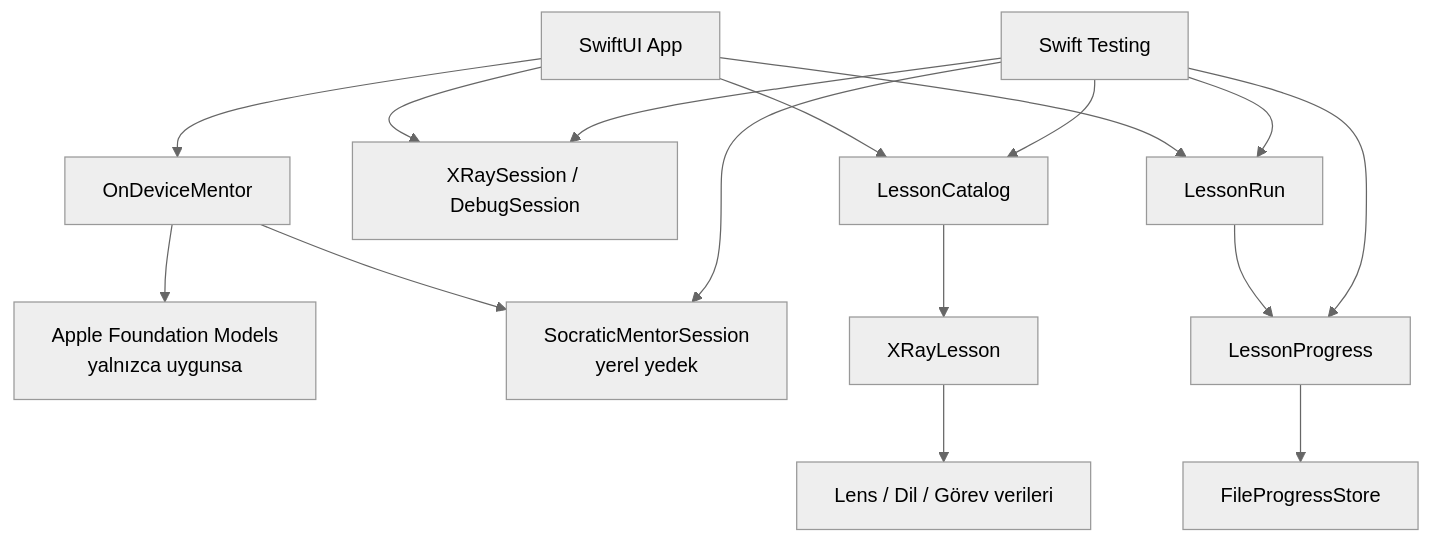
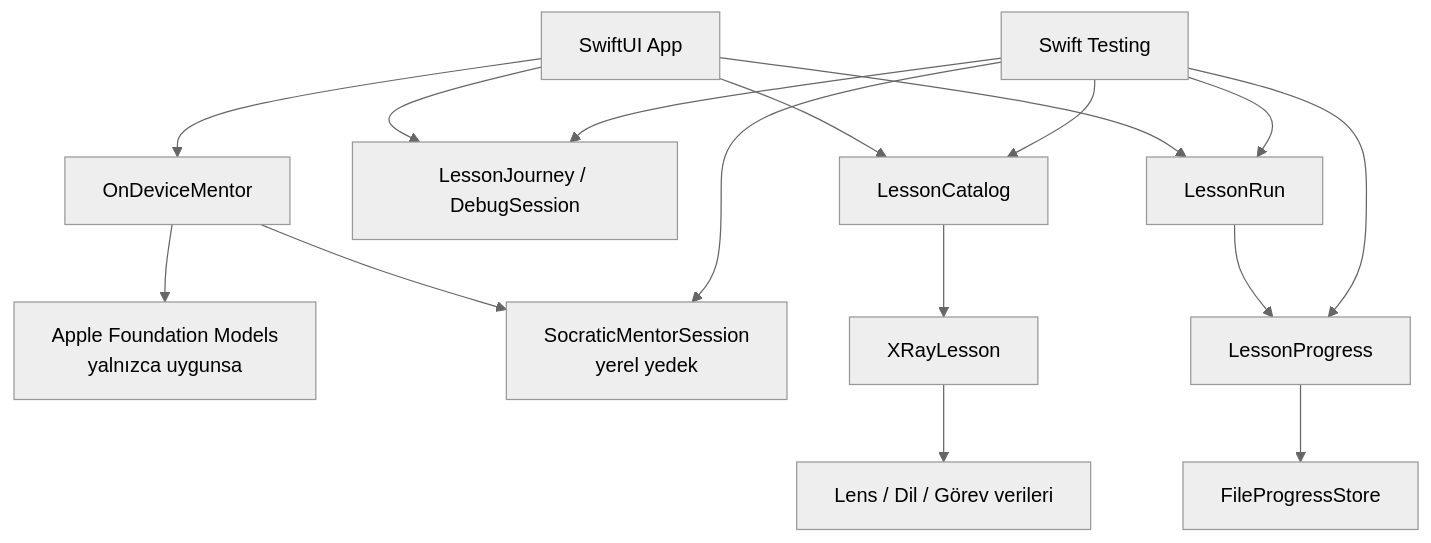
Before and after one commit to ataanuysal/softgrillmeapp: the fourth of 4 diagrams in DESIGN.md, drawn with Mermaid (neutral theme). The commit also changed other lines of this file and 23 other files, not shown here.

Commit message:
Remove legacy flows and unlock all lessons

````diff
--- a/DESIGN.md
+++ b/DESIGN.md
@@ -172,18 +172,18 @@
 ```mermaid
 flowchart TD
   UI["SwiftUI App"] --> Catalog["LessonCatalog"]
-  UI --> Session["XRaySession / DebugSession"]
+  UI --> Journey["LessonJourney / DebugSession"]
   UI --> Run["LessonRun"]
   UI --> Mentor["OnDeviceMentor"]
   Mentor --> FM["Apple Foundation Models<br/>yalnızca uygunsa"]
   Mentor --> Local["SocraticMentorSession<br/>yerel yedek"]
   Run --> Progress["LessonProgress"]
   Progress --> Store["FileProgressStore"]
   Catalog --> Lesson["XRayLesson"]
   Lesson --> Lens["Lens / Dil / Görev verileri"]
   Tests["Swift Testing"] --> Catalog
-  Tests --> Session
+  Tests --> Journey
   Tests --> Run
   Tests --> Progress
   Tests --> Local
 ```
````
